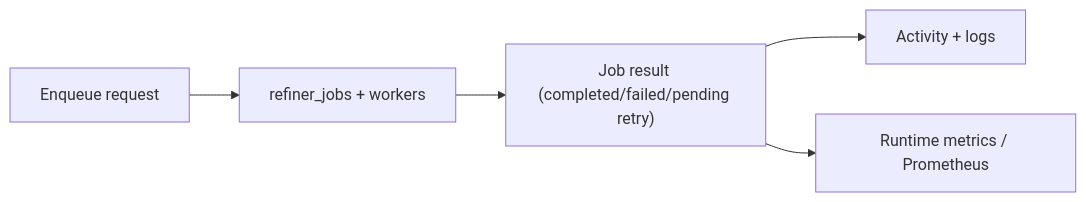
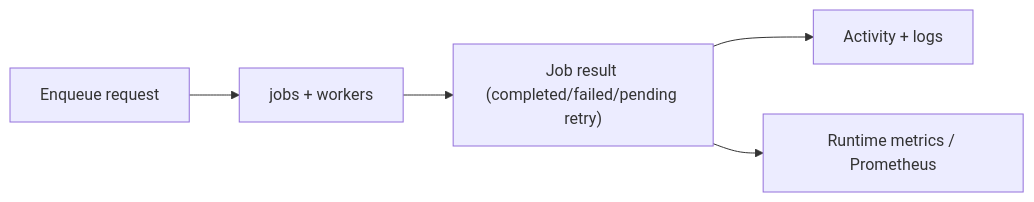
Before and after one commit to jampat000/MediaMop: the second of 2 diagrams in docs-site/docs/architecture/overview.md, drawn with Mermaid. The commit also changed other lines of this file and 706 other files, not shown here.

````diff
--- a/docs-site/docs/architecture/overview.md
+++ b/docs-site/docs/architecture/overview.md
@@ -65,7 +65,7 @@
 ```mermaid
 flowchart LR
-  Enqueue["Enqueue request"] --> Jobs["refiner_jobs + workers"]
+  Enqueue["Enqueue request"] --> Jobs["jobs + workers"]
   Jobs --> Result["Job result (completed/failed/pending retry)"]
   Result --> Activity["Activity + logs"]
   Result --> Metrics["Runtime metrics / Prometheus"]
 ```
````
